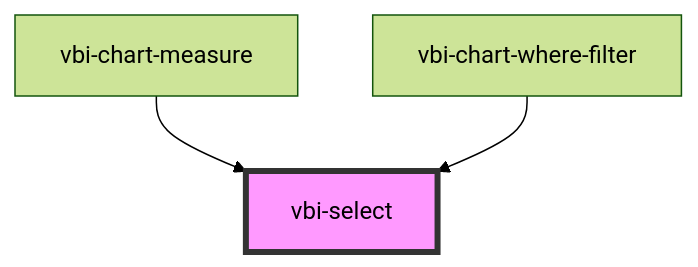
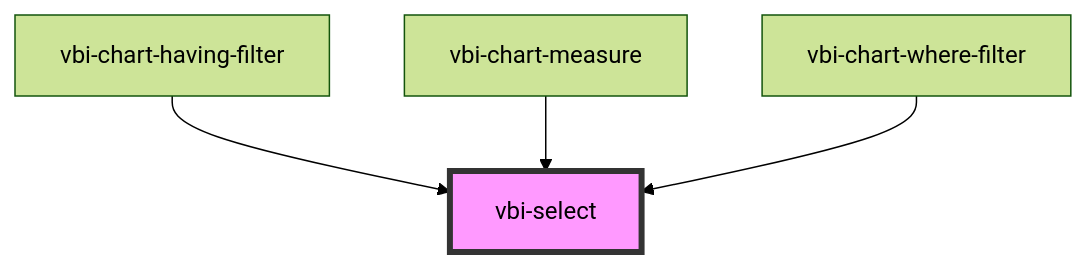
One commit to Ditto190/VBI-modme changed the diagram in packages/vbi-component/src/components/ui/vbi-select/readme.md. Above: the diagram before and after it, drawn with Mermaid (forest theme). The commit also changed other lines of this file and 20 other files, not shown here.

Commit message:
feat(vbi-component): add vbi-chart-having and vbi-chart-having-filter components

````diff
--- a/packages/vbi-component/src/components/ui/vbi-select/readme.md
+++ b/packages/vbi-component/src/components/ui/vbi-select/readme.md
@@ -35,6 +36,7 @@
 ```mermaid
 graph TD;
+  vbi-chart-having-filter --> vbi-select
   vbi-chart-measure --> vbi-select
   vbi-chart-where-filter --> vbi-select
   style vbi-select fill:#f9f,stroke:#333,stroke-width:4px
 ```
````
